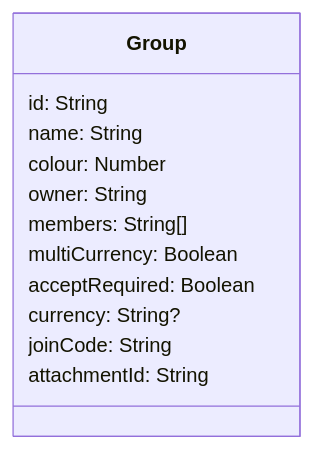
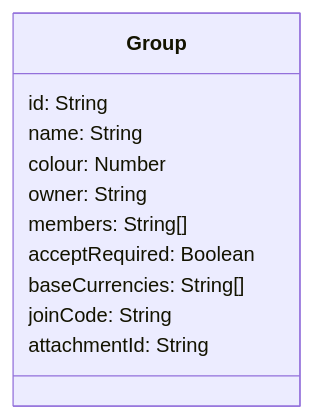
The sixth of 18 diagrams in docs/contracts.md (Group-Expense-Manager/gem-docs), drawn with Mermaid before and after one commit. The commit also changed other lines of this file and 1 other file, not shown here.

Commit message:
added Report Creator & Payment Manager & Currency Manager & Finance Adapter contract

````diff
--- a/docs/contracts.md
+++ b/docs/contracts.md
@@ -243,16 +249,15 @@
 ```mermaid
 classDiagram
     class Group {
         id: String
         name: String
         colour: Number
         owner: String
         members: String[]
-        multiCurrency: Boolean
         acceptRequired: Boolean
-        currency: String?
+        baseCurrencies: String[]
         joinCode: String
         attachmentId: String
         
     }
 ```
````
